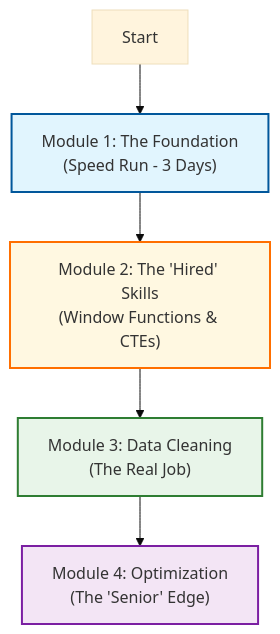
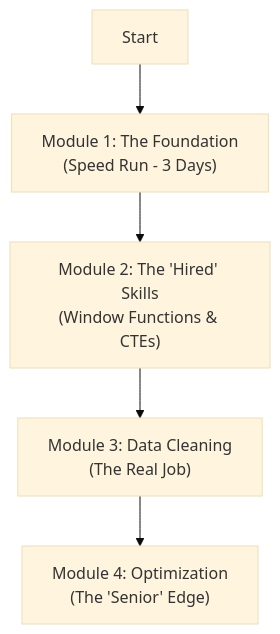
Before and after one commit to Aashutosh-357/Data-Engineer-Bootcamp: the diagram in SQL-For-DE/SQL-Roadmap.md, drawn with Mermaid (base theme).

Commit message:
Fixed UI Error

````diff
--- a/SQL-For-DE/SQL-Roadmap.md
+++ b/SQL-For-DE/SQL-Roadmap.md
@@ -6,12 +6,8 @@
 ```mermaid
 graph TD
     A[Start] --> M1["Module 1: The Foundation<br>(Speed Run - 3 Days)"]
     M1 --> M2["Module 2: The 'Hired' Skills<br>(Window Functions & CTEs)"]
     M2 --> M3["Module 3: Data Cleaning<br>(The Real Job)"]
     M3 --> M4["Module 4: Optimization<br>(The 'Senior' Edge)"]
     
-    style M1 fill:#e1f5fe,stroke:#01579b,stroke-width:2px
-    style M2 fill:#fff8e1,stroke:#ff6f00,stroke-width:2px
-    style M3 fill:#e8f5e9,stroke:#2e7d32,stroke-width:2px
-    style M4 fill:#f3e5f5,stroke:#7b1fa2,stroke-width:2px
 ```
````
